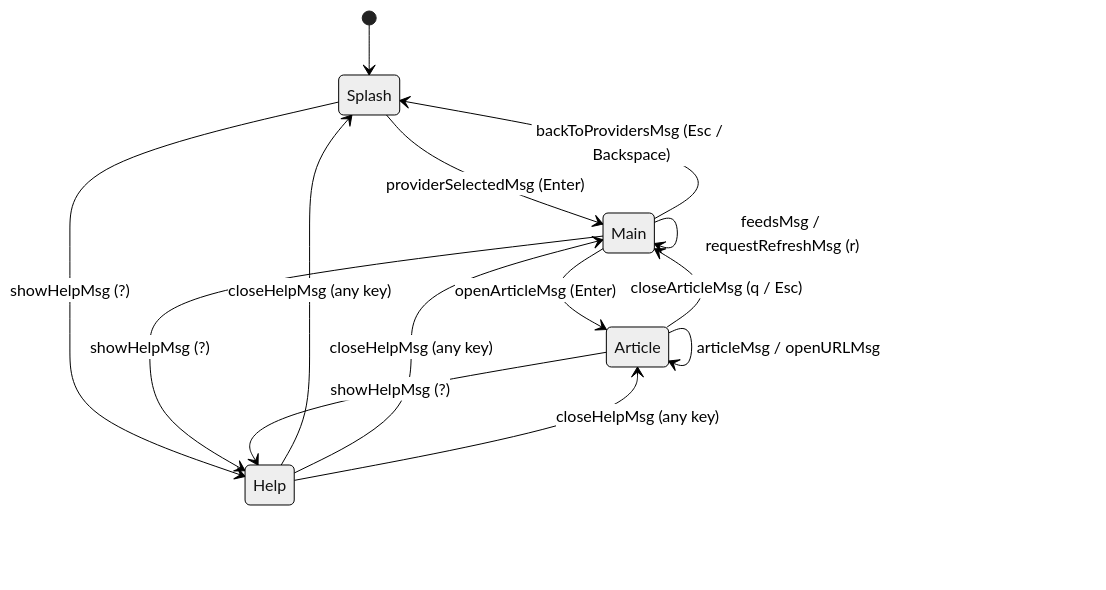
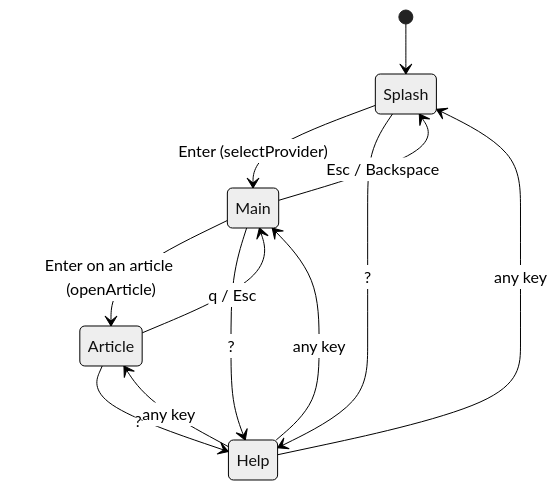
One commit to kralkapoor/knews changed the second of 2 diagrams in ARCHITECTURE.md. Above: the diagram before and after it, drawn with Mermaid (neutral theme). The commit also changed other lines of this file and 32 other files, not shown here.

````diff
--- a/ARCHITECTURE.md
+++ b/ARCHITECTURE.md
@@ -364,19 +150,14 @@
 ```mermaid
 stateDiagram-v2
     [*] --> Splash
-
-    Splash --> Main : providerSelectedMsg (Enter)
-    Main --> Splash : backToProvidersMsg (Esc / Backspace)
-    Main --> Article : openArticleMsg (Enter)
-    Article --> Main : closeArticleMsg (q / Esc)
-
-    Splash --> Help : showHelpMsg (?)
-    Main --> Help : showHelpMsg (?)
-    Article --> Help : showHelpMsg (?)
-    Help --> Splash : closeHelpMsg (any key)
-    Help --> Main : closeHelpMsg (any key)
-    Help --> Article : closeHelpMsg (any key)
-
-    Main --> Main : feedsMsg / requestRefreshMsg (r)
-    Article --> Article : articleMsg / openURLMsg
+    Splash --> Main : Enter (selectProvider)
+    Main --> Splash : Esc / Backspace
+    Main --> Article : Enter on an article (openArticle)
+    Article --> Main : q / Esc
+    Splash --> Help : ?
+    Main --> Help : ?
+    Article --> Help : ?
+    Help --> Splash : any key
+    Help --> Main : any key
+    Help --> Article : any key
 ```
````
